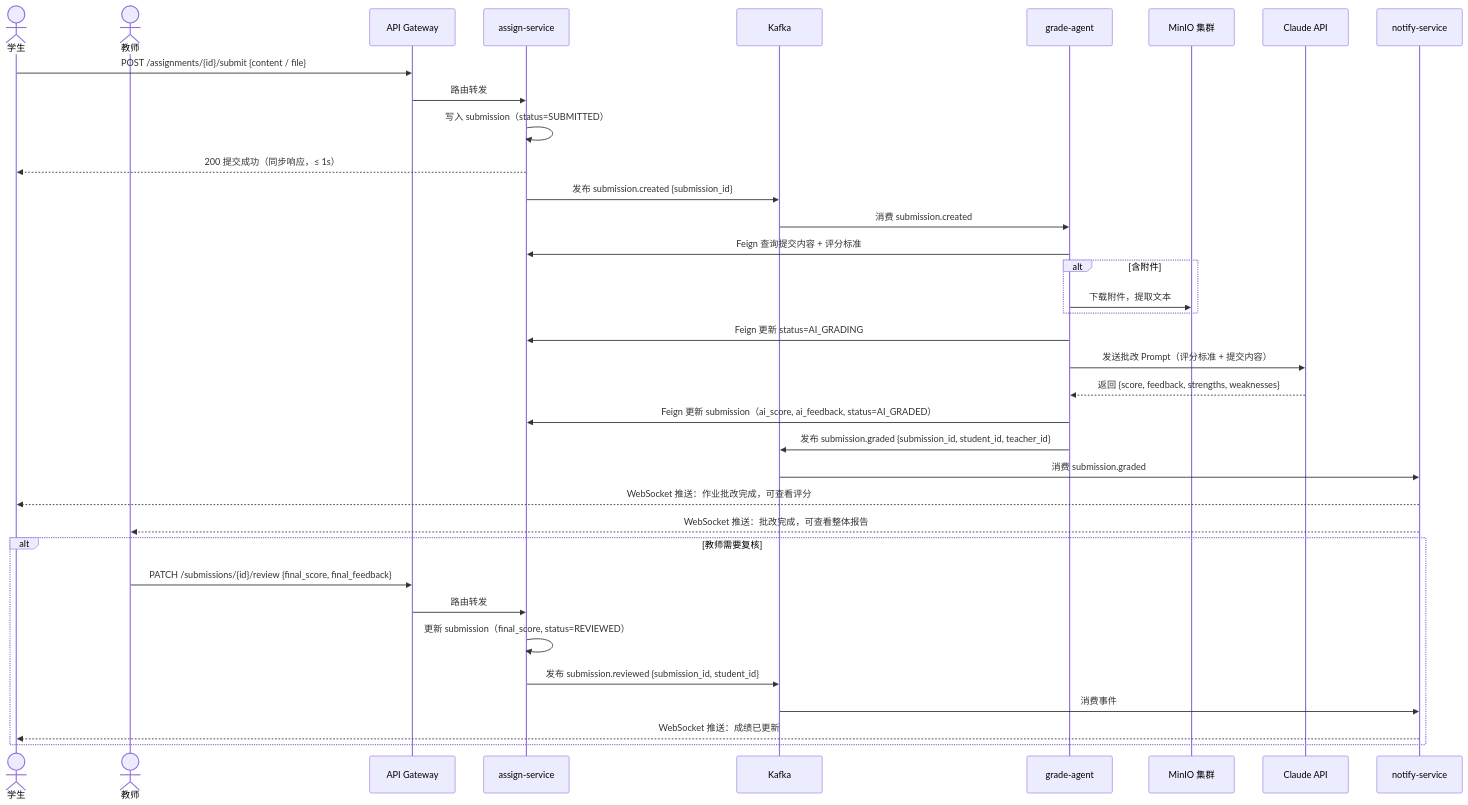
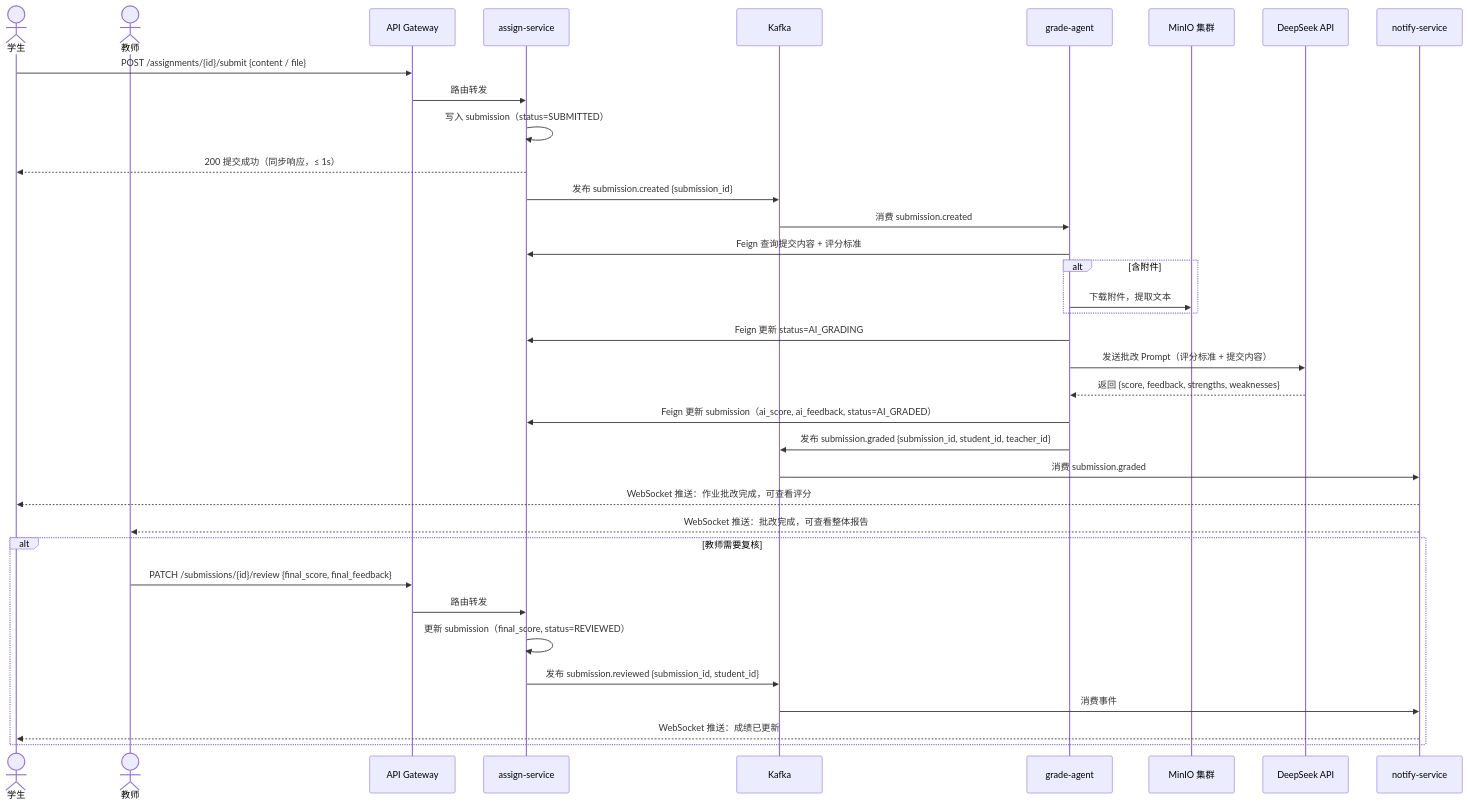
Diagram 21 of 23 in docs/design/SDD-CloudTeachingAI.md (xice-1201/CloudTeachingAI), drawn with Mermaid before and after one commit. The commit also changed other lines of this file and 6 other files, not shown here.

````diff
--- a/docs/design/SDD-CloudTeachingAI.md
+++ b/docs/design/SDD-CloudTeachingAI.md
@@ -1676,42 +1678,42 @@
 ```mermaid
 sequenceDiagram
     actor Student as 学生
     actor Teacher as 教师
     participant GW as API Gateway
     participant Assign as assign-service
     participant Kafka as Kafka
     participant GradeAgent as grade-agent
     participant MinIO as MinIO 集群
-    participant Claude as Claude API
+    participant DeepSeek as DeepSeek API
     participant Notify as notify-service
 
     Student->>GW: POST /assignments/{id}/submit {content / file}
     GW->>Assign: 路由转发
     Assign->>Assign: 写入 submission（status=SUBMITTED）
     Assign-->>Student: 200 提交成功（同步响应，≤ 1s）
     Assign->>Kafka: 发布 submission.created {submission_id}
 
     Kafka->>GradeAgent: 消费 submission.created
     GradeAgent->>Assign: Feign 查询提交内容 + 评分标准
     alt 含附件
         GradeAgent->>MinIO: 下载附件，提取文本
     end
     GradeAgent->>Assign: Feign 更新 status=AI_GRADING
-    GradeAgent->>Claude: 发送批改 Prompt（评分标准 + 提交内容）
-    Claude-->>GradeAgent: 返回 {score, feedback, strengths, weaknesses}
+    GradeAgent->>DeepSeek: 发送批改 Prompt（评分标准 + 提交内容）
+    DeepSeek-->>GradeAgent: 返回 {score, feedback, strengths, weaknesses}
     GradeAgent->>Assign: Feign 更新 submission（ai_score, ai_feedback, status=AI_GRADED）
     GradeAgent->>Kafka: 发布 submission.graded {submission_id, student_id, teacher_id}
 
     Kafka->>Notify: 消费 submission.graded
     Notify-->>Student: WebSocket 推送：作业批改完成，可查看评分
     Notify-->>Teacher: WebSocket 推送：批改完成，可查看整体报告
 
     alt 教师需要复核
         Teacher->>GW: PATCH /submissions/{id}/review {final_score, final_feedback}
         GW->>Assign: 路由转发
         Assign->>Assign: 更新 submission（final_score, status=REVIEWED）
         Assign->>Kafka: 发布 submission.reviewed {submission_id, student_id}
         Kafka->>Notify: 消费事件
         Notify-->>Student: WebSocket 推送：成绩已更新
     end
 ```
````
